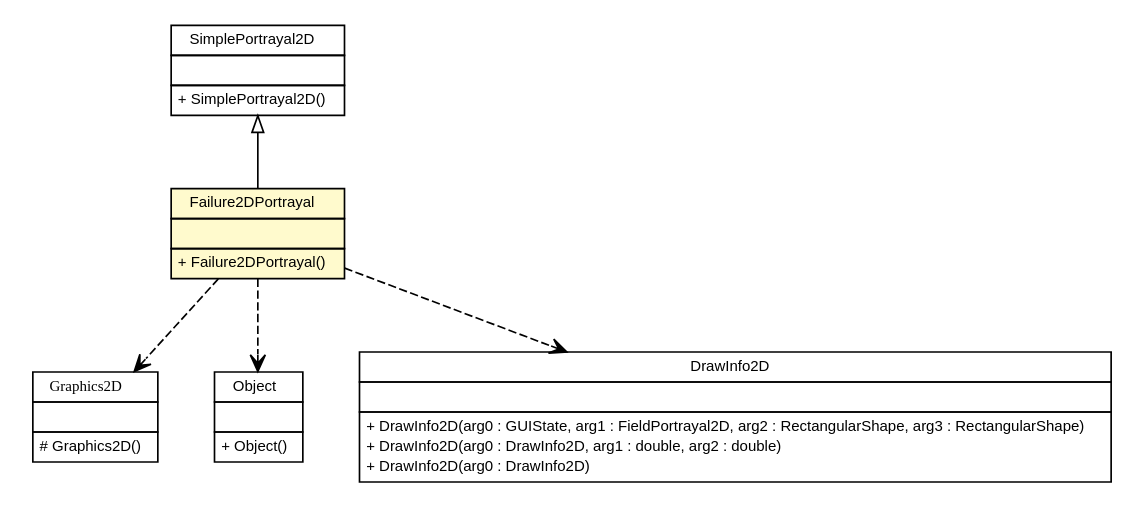
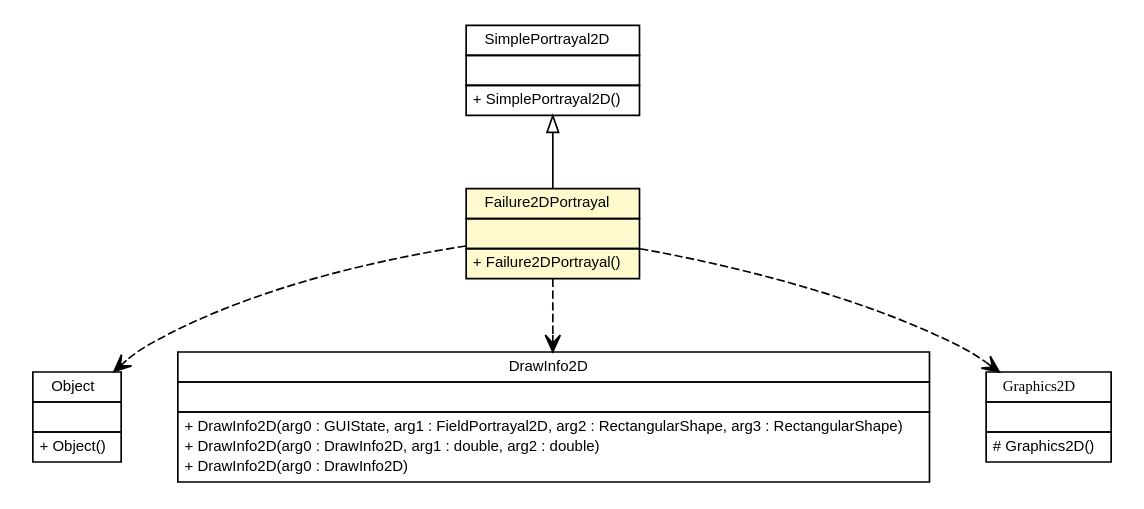
One commit to gsi-upm/Shanks changed the diagram in apidocs/es/upm/dit/gsi/shanks/model/event/failiure/portrayal/Failure2DPortrayal.dot. Above: the diagram before and after it, drawn with Graphviz. The commit also changed 860 other files, not shown here.

```diff
--- a/apidocs/es/upm/dit/gsi/shanks/model/event/failiure/portrayal/Failure2DPortrayal.dot
+++ b/apidocs/es/upm/dit/gsi/shanks/model/event/failiure/portrayal/Failure2DPortrayal.dot
@@ -1,82 +1,82 @@
 #!/usr/local/bin/dot
 #
 # Class diagram 
 # Generated by UMLGraph version 5.1 (http://www.umlgraph.org/)
 #
 
 digraph G {
 	edge [fontname="arial",fontsize=10,labelfontname="arial",labelfontsize=10];
 	node [fontname="arial",fontsize=10,shape=plaintext];
 	nodesep=0.25;
 	ranksep=0.5;
 	// es.upm.dit.gsi.shanks.model.event.failiure.portrayal.Failure2DPortrayal
 	c5965 [label=<<table title="es.upm.dit.gsi.shanks.model.event.failiure.portrayal.Failure2DPortrayal" border="0" cellborder="1" cellspacing="0" cellpadding="2" port="p" bgcolor="lemonChiffon" href="./Failure2DPortrayal.html">
 		<tr><td><table border="0" cellspacing="0" cellpadding="1">
 <tr><td align="center" balign="center"> Failure2DPortrayal </td></tr>
 		</table></td></tr>
 		<tr><td><table border="0" cellspacing="0" cellpadding="1">
 <tr><td align="left" balign="left">  </td></tr>
 		</table></td></tr>
 		<tr><td><table border="0" cellspacing="0" cellpadding="1">
 <tr><td align="left" balign="left"> + Failure2DPortrayal() </td></tr>
 		</table></td></tr>
 		</table>>, fontname="arial", fontcolor="black", fontsize=9.0];
 	//es.upm.dit.gsi.shanks.model.event.failiure.portrayal.Failure2DPortrayal extends sim.portrayal.SimplePortrayal2D
 	c5996:p -> c5965:p [dir=back,arrowtail=empty];
+	// es.upm.dit.gsi.shanks.model.event.failiure.portrayal.Failure2DPortrayal DEPEND java.lang.Object
+	c5965:p -> c5997:p [taillabel="", label="", headlabel="", fontname="arial", fontcolor="black", fontsize=10.0, color="black", arrowhead=open, style=dashed];
+	// es.upm.dit.gsi.shanks.model.event.failiure.portrayal.Failure2DPortrayal DEPEND sim.portrayal.DrawInfo2D
+	c5965:p -> c5998:p [taillabel="", label="", headlabel="", fontname="arial", fontcolor="black", fontsize=10.0, color="black", arrowhead=open, style=dashed];
 	// es.upm.dit.gsi.shanks.model.event.failiure.portrayal.Failure2DPortrayal DEPEND java.awt.Graphics2D
-	c5965:p -> c5997:p [taillabel="", label="", headlabel="", fontname="arial", fontcolor="black", fontsize=10.0, color="black", arrowhead=open, style=dashed];
-	// es.upm.dit.gsi.shanks.model.event.failiure.portrayal.Failure2DPortrayal DEPEND java.lang.Object
-	c5965:p -> c5998:p [taillabel="", label="", headlabel="", fontname="arial", fontcolor="black", fontsize=10.0, color="black", arrowhead=open, style=dashed];
-	// es.upm.dit.gsi.shanks.model.event.failiure.portrayal.Failure2DPortrayal DEPEND sim.portrayal.DrawInfo2D
 	c5965:p -> c5999:p [taillabel="", label="", headlabel="", fontname="arial", fontcolor="black", fontsize=10.0, color="black", arrowhead=open, style=dashed];
 	// java.awt.Graphics2D
-	c5997 [label=<<table title="java.awt.Graphics2D" border="0" cellborder="1" cellspacing="0" cellpadding="2" port="p" href="http://java.sun.com/j2se/1.4.2/docs/api/java/awt/Graphics2D.html">
+	c5999 [label=<<table title="java.awt.Graphics2D" border="0" cellborder="1" cellspacing="0" cellpadding="2" port="p" href="http://java.sun.com/j2se/1.4.2/docs/api/java/awt/Graphics2D.html">
 		<tr><td><table border="0" cellspacing="0" cellpadding="1">
 <tr><td align="center" balign="center"><font face="ariali"> Graphics2D </font></td></tr>
 		</table></td></tr>
 		<tr><td><table border="0" cellspacing="0" cellpadding="1">
 <tr><td align="left" balign="left">  </td></tr>
 		</table></td></tr>
 		<tr><td><table border="0" cellspacing="0" cellpadding="1">
 <tr><td align="left" balign="left"> # Graphics2D() </td></tr>
 		</table></td></tr>
 		</table>>, fontname="arial", fontcolor="black", fontsize=9.0];
 	// sim.portrayal.SimplePortrayal2D
 	c5996 [label=<<table title="sim.portrayal.SimplePortrayal2D" border="0" cellborder="1" cellspacing="0" cellpadding="2" port="p" href="http://java.sun.com/j2se/1.4.2/docs/api/sim/portrayal/SimplePortrayal2D.html">
 		<tr><td><table border="0" cellspacing="0" cellpadding="1">
 <tr><td align="center" balign="center"> SimplePortrayal2D </td></tr>
 		</table></td></tr>
 		<tr><td><table border="0" cellspacing="0" cellpadding="1">
 <tr><td align="left" balign="left">  </td></tr>
 		</table></td></tr>
 		<tr><td><table border="0" cellspacing="0" cellpadding="1">
 <tr><td align="left" balign="left"> + SimplePortrayal2D() </td></tr>
 		</table></td></tr>
 		</table>>, fontname="arial", fontcolor="black", fontsize=9.0];
 	// sim.portrayal.DrawInfo2D
-	c5999 [label=<<table title="sim.portrayal.DrawInfo2D" border="0" cellborder="1" cellspacing="0" cellpadding="2" port="p" href="http://java.sun.com/j2se/1.4.2/docs/api/sim/portrayal/DrawInfo2D.html">
+	c5998 [label=<<table title="sim.portrayal.DrawInfo2D" border="0" cellborder="1" cellspacing="0" cellpadding="2" port="p" href="http://java.sun.com/j2se/1.4.2/docs/api/sim/portrayal/DrawInfo2D.html">
 		<tr><td><table border="0" cellspacing="0" cellpadding="1">
 <tr><td align="center" balign="center"> DrawInfo2D </td></tr>
 		</table></td></tr>
 		<tr><td><table border="0" cellspacing="0" cellpadding="1">
 <tr><td align="left" balign="left">  </td></tr>
 		</table></td></tr>
 		<tr><td><table border="0" cellspacing="0" cellpadding="1">
 <tr><td align="left" balign="left"> + DrawInfo2D(arg0 : GUIState, arg1 : FieldPortrayal2D, arg2 : RectangularShape, arg3 : RectangularShape) </td></tr>
 <tr><td align="left" balign="left"> + DrawInfo2D(arg0 : DrawInfo2D, arg1 : double, arg2 : double) </td></tr>
 <tr><td align="left" balign="left"> + DrawInfo2D(arg0 : DrawInfo2D) </td></tr>
 		</table></td></tr>
 		</table>>, fontname="arial", fontcolor="black", fontsize=9.0];
 	// java.lang.Object
-	c5998 [label=<<table title="java.lang.Object" border="0" cellborder="1" cellspacing="0" cellpadding="2" port="p" href="http://java.sun.com/j2se/1.4.2/docs/api/java/lang/Object.html">
+	c5997 [label=<<table title="java.lang.Object" border="0" cellborder="1" cellspacing="0" cellpadding="2" port="p" href="http://java.sun.com/j2se/1.4.2/docs/api/java/lang/Object.html">
 		<tr><td><table border="0" cellspacing="0" cellpadding="1">
 <tr><td align="center" balign="center"> Object </td></tr>
 		</table></td></tr>
 		<tr><td><table border="0" cellspacing="0" cellpadding="1">
 <tr><td align="left" balign="left">  </td></tr>
 		</table></td></tr>
 		<tr><td><table border="0" cellspacing="0" cellpadding="1">
 <tr><td align="left" balign="left"> + Object() </td></tr>
 		</table></td></tr>
 		</table>>, fontname="arial", fontcolor="black", fontsize=9.0];
 }
```
